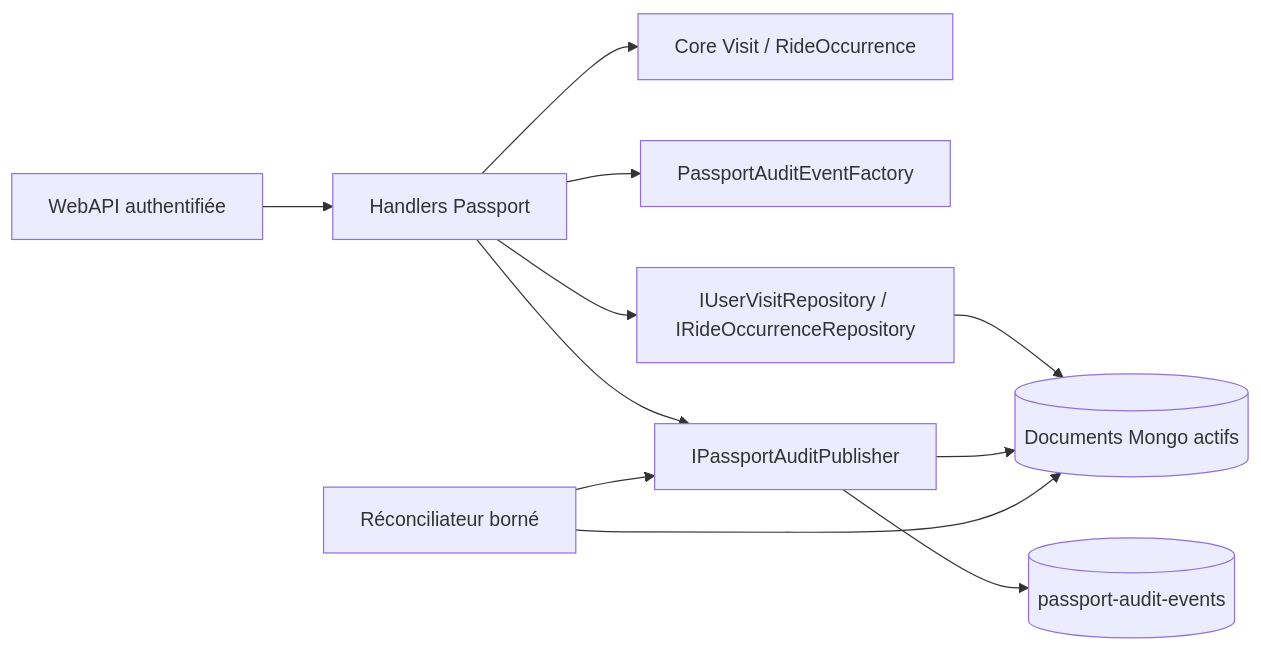
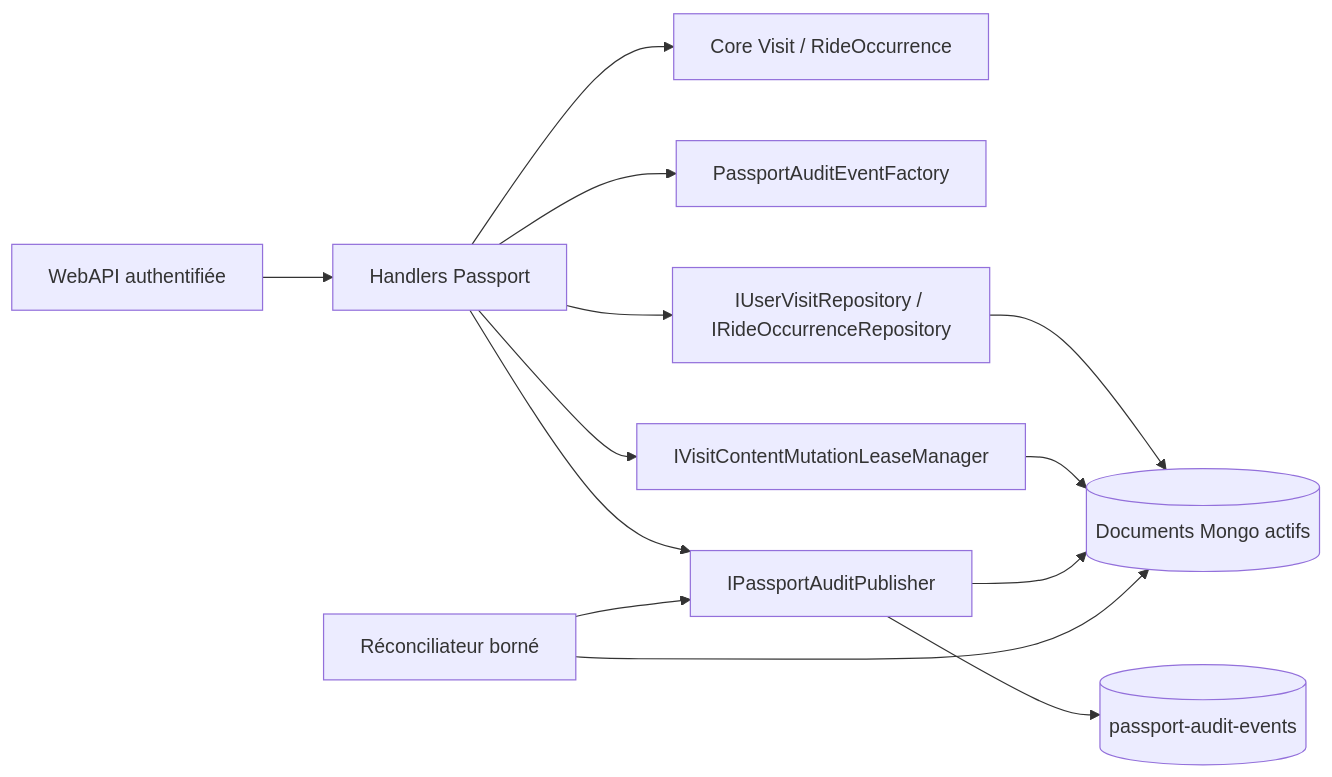
The first of 5 diagrams in docs/architecture/product-growth-pass-11-passport-audit-2026-09-03.md (Ced59/AmusementParkProject), drawn with Mermaid before and after one commit. The commit also changed other lines of this file and 19 other files, not shown here.

````diff
--- a/docs/architecture/product-growth-pass-11-passport-audit-2026-09-03.md
+++ b/docs/architecture/product-growth-pass-11-passport-audit-2026-09-03.md
@@ -23,13 +23,15 @@
 ```mermaid
 flowchart LR
     HTTP[WebAPI authentifiée] --> H[Handlers Passport]
     H --> D[Core Visit / RideOccurrence]
     H --> F[PassportAuditEventFactory]
     H --> P[IUserVisitRepository / IRideOccurrenceRepository]
     H --> A[IPassportAuditPublisher]
+    H --> L[IVisitContentMutationLeaseManager]
     P --> M[(Documents Mongo actifs)]
+    L --> M
     A --> M
     A --> J[(passport-audit-events)]
     R[Réconciliateur borné] --> A
     R --> M
 ```
````
